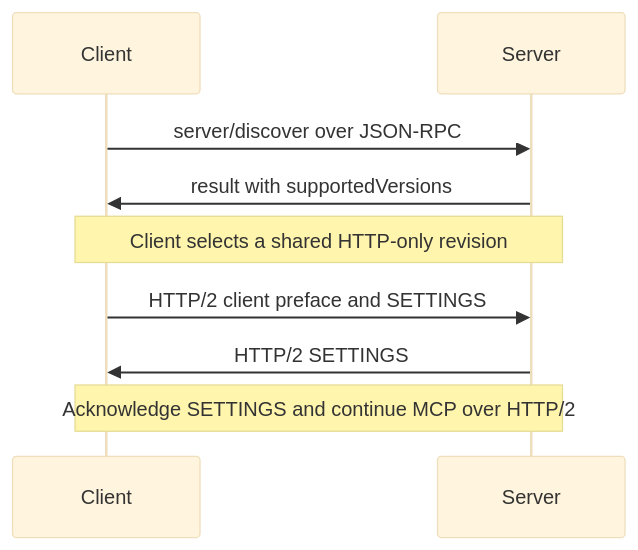
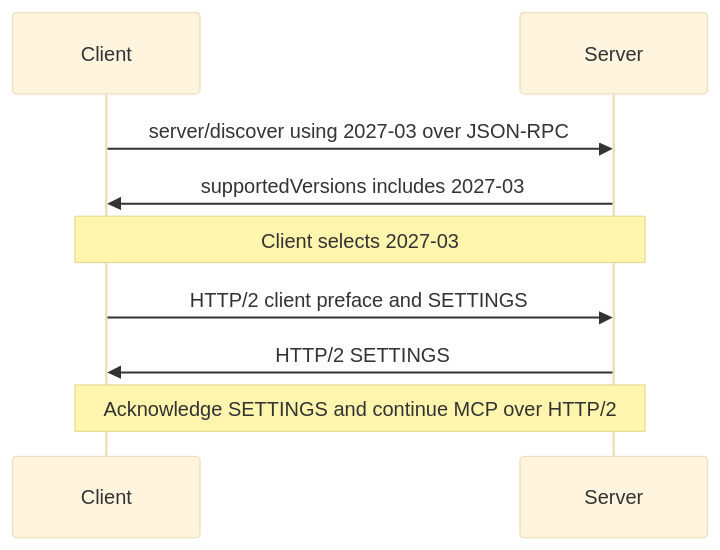
The first of 2 diagrams in proposals/http-over-stdio/negotiation-proposal.md (modelcontextprotocol/transports-wg), drawn with Mermaid (base theme) before and after one commit. The commit also changed other lines of this file, not shown here.

Commit message:
docs: ground negotiation in concrete protocol versions

````diff
--- a/proposals/http-over-stdio/negotiation-proposal.md
+++ b/proposals/http-over-stdio/negotiation-proposal.md
@@ -19,11 +36,11 @@
 ```mermaid
 sequenceDiagram
     participant C as Client
     participant S as Server
-    C->>S: server/discover over JSON-RPC
-    S->>C: result with supportedVersions
-    Note over C,S: Client selects a shared HTTP-only revision
+    C->>S: server/discover using 2027-03 over JSON-RPC
+    S->>C: supportedVersions includes 2027-03
+    Note over C,S: Client selects 2027-03
     C->>S: HTTP/2 client preface and SETTINGS
     S->>C: HTTP/2 SETTINGS
     Note over C,S: Acknowledge SETTINGS and continue MCP over HTTP/2
 ```
````
